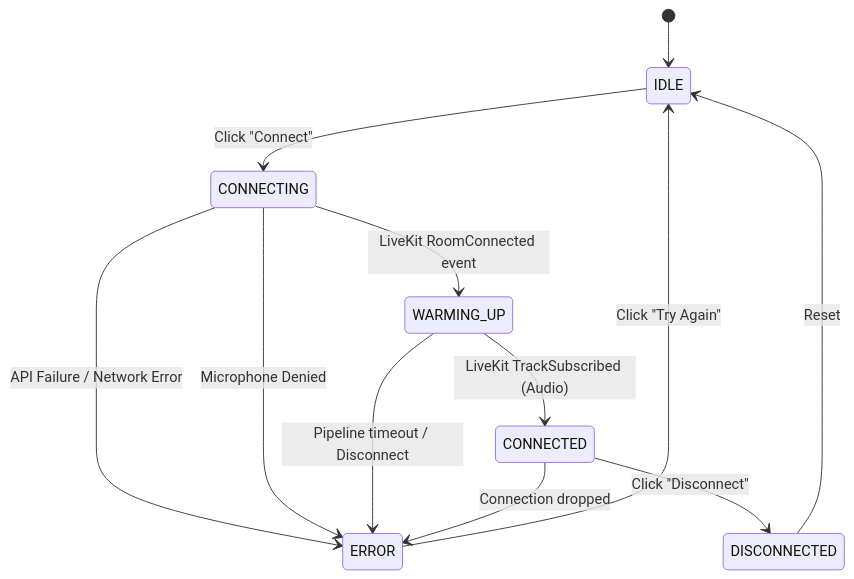
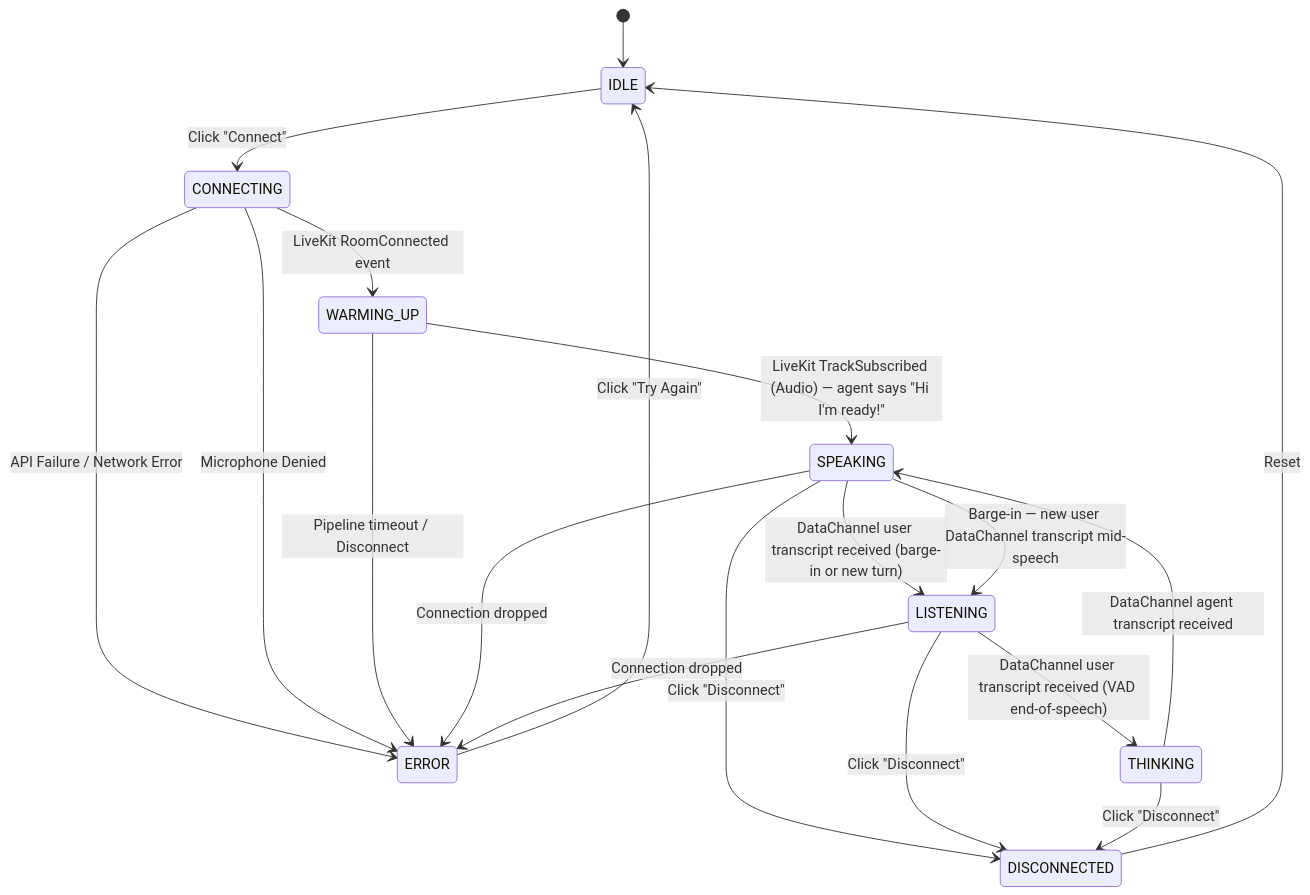
Before and after one commit to Sushmender/Voice_agent: the diagram in docs/frontend/ui_state_machine.md, drawn with Mermaid. The commit also changed other lines of this file and 4 other files, not shown here.

````diff
--- a/docs/frontend/ui_state_machine.md
+++ b/docs/frontend/ui_state_machine.md
@@ -18,19 +21,27 @@
 ```mermaid
 stateDiagram-v2
     [*] --> IDLE
     
     IDLE --> CONNECTING : Click "Connect"
     
     CONNECTING --> ERROR : API Failure / Network Error
     CONNECTING --> ERROR : Microphone Denied
     CONNECTING --> WARMING_UP : LiveKit RoomConnected event
     
-    WARMING_UP --> CONNECTED : LiveKit TrackSubscribed (Audio)
+    WARMING_UP --> SPEAKING : LiveKit TrackSubscribed (Audio) — agent says "Hi I'm ready!"
     WARMING_UP --> ERROR : Pipeline timeout / Disconnect
     
-    CONNECTED --> DISCONNECTED : Click "Disconnect"
-    CONNECTED --> ERROR : Connection dropped
+    SPEAKING --> LISTENING : DataChannel user transcript received (barge-in or new turn)
+    LISTENING --> THINKING : DataChannel user transcript received (VAD end-of-speech)
+    THINKING --> SPEAKING : DataChannel agent transcript received
+    SPEAKING --> LISTENING : Barge-in — new user DataChannel transcript mid-speech
+    
+    SPEAKING --> DISCONNECTED : Click "Disconnect"
+    LISTENING --> DISCONNECTED : Click "Disconnect"
+    THINKING --> DISCONNECTED : Click "Disconnect"
+    SPEAKING --> ERROR : Connection dropped
+    LISTENING --> ERROR : Connection dropped
     
     ERROR --> IDLE : Click "Try Again"
     DISCONNECTED --> IDLE : Reset
 ```
````
